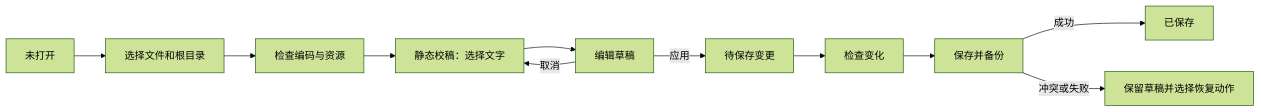
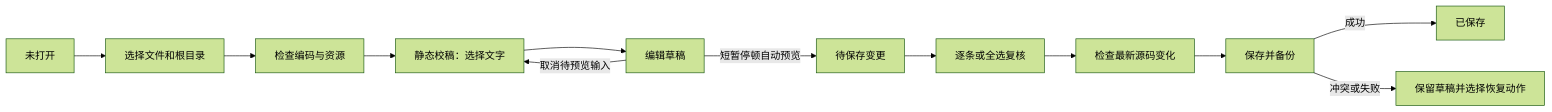
One commit to TimGu-gifhub/html-artifact-editor changed the diagram in docs/PRODUCT_DESIGN.md. Above: the diagram before and after it, drawn with Mermaid (forest theme). The commit also changed other lines of this file and 69 other files, not shown here.

````diff
--- a/docs/PRODUCT_DESIGN.md
+++ b/docs/PRODUCT_DESIGN.md
@@ -33,13 +33,14 @@
 ```mermaid
 flowchart LR
     Empty[未打开] --> Open[选择文件和根目录]
     Open --> Load[检查编码与资源]
     Load --> Select[静态校稿：选择文字]
     Select --> Draft[编辑草稿]
-    Draft -->|应用| Dirty[待保存变更]
-    Draft -->|取消| Select
-    Dirty --> Diff[检查变化]
+    Draft -->|短暂停顿自动预览| Dirty[待保存变更]
+    Draft -->|取消待预览输入| Select
+    Dirty --> Review[逐条或全选复核]
+    Review --> Diff[检查最新源码变化]
     Diff --> Save[保存并备份]
     Save -->|成功| Clean[已保存]
     Save -->|冲突或失败| Recover[保留草稿并选择恢复动作]
 ```
````
